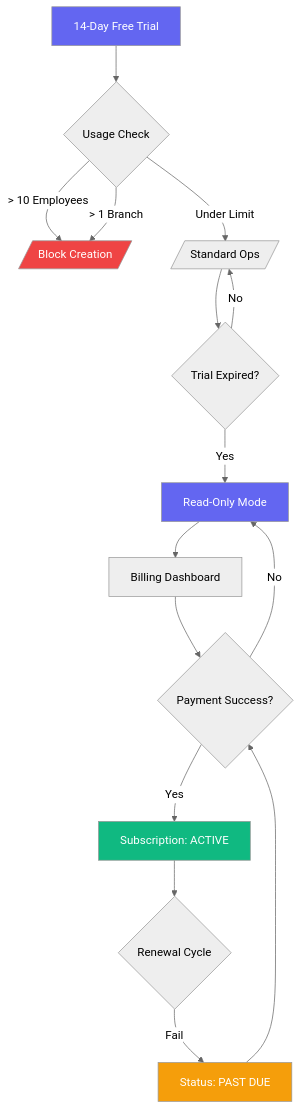
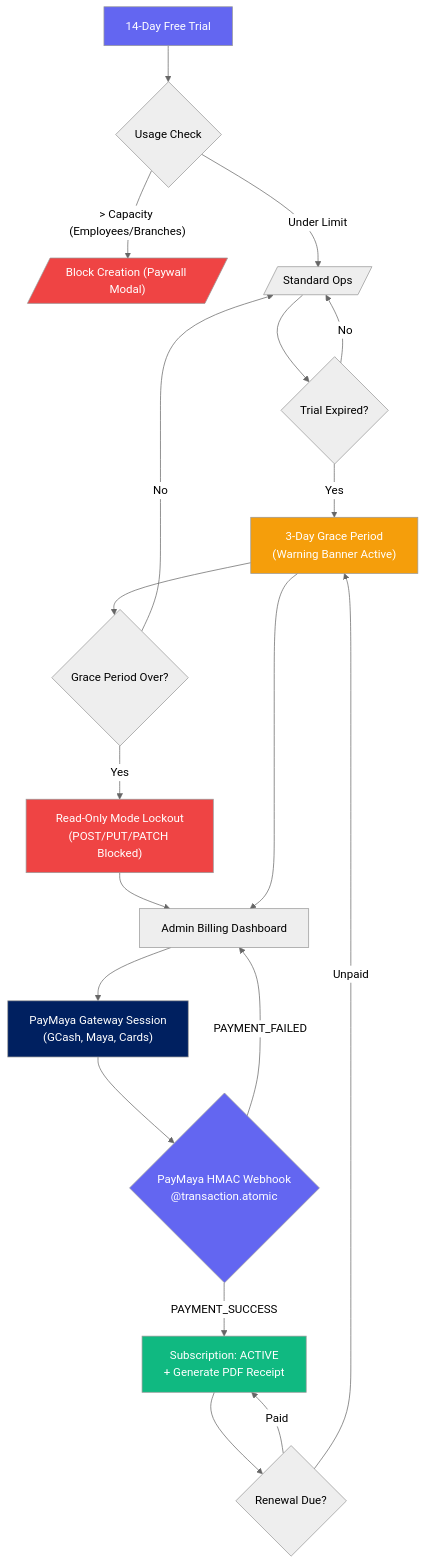
One commit to binssente-crypto/PAYROLL-DOCUMENTATION changed the tenth of 49 diagrams in README.md. Above: the diagram before and after it, drawn with Mermaid (neutral theme). The commit also changed other lines of this file, not shown here.

````diff
--- a/README.md
+++ b/README.md
@@ -243,26 +540,34 @@
 ```mermaid
 flowchart TD
     TRIAL[14-Day Free Trial] --> LIMITS{Usage Check}
-    LIMITS -- "> 10 Employees" --> BLOCK[/Block Creation/]
-    LIMITS -- "> 1 Branch" --> BLOCK
-    LIMITS -- "Under Limit" --> ALLOW[/Standard Ops/]
+    LIMITS -- "> Capacity (Employees/Branches)" --> BLOCK[/"Block Creation (Paywall Modal)"/]
+    LIMITS -- "Under Limit" --> ALLOW[/"Standard Ops"/]
     
     ALLOW --> EXP{Trial Expired?}
     EXP -- "No" --> ALLOW
-    EXP -- "Yes" --> FROZEN[Read-Only Mode]
+    EXP -- "Yes" --> GRACE["3-Day Grace Period<br/>(Warning Banner Active)"]
     
-    FROZEN --> BILL[Billing Dashboard]
-    BILL --> PAY{Payment Success?}
-    PAY -- "Yes" --> ACTIVE[Subscription: ACTIVE]
-    PAY -- "No" --> FROZEN
-
-    ACTIVE --> RENEW{Renewal Cycle}
-    RENEW -- "Fail" --> DUE[Status: PAST DUE]
-    DUE --> PAY
+    GRACE --> GRACE_EXP{Grace Period Over?}
+    GRACE_EXP -- "No" --> ALLOW
+    GRACE_EXP -- "Yes" --> FROZEN["Read-Only Mode Lockout<br/>(POST/PUT/PATCH Blocked)"]
+    
+    FROZEN --> BILL[Admin Billing Dashboard]
+    GRACE --> BILL
+    BILL --> MAYA_CHECKOUT["PayMaya Gateway Session<br/>(GCash, Maya, Cards)"]
+    MAYA_CHECKOUT --> WEBHOOK{"PayMaya HMAC Webhook<br/>@transaction.atomic"}
+    
+    WEBHOOK -- "PAYMENT_SUCCESS" --> ACTIVE["Subscription: ACTIVE<br/>+ Generate PDF Receipt"]
+    WEBHOOK -- "PAYMENT_FAILED" --> BILL
+    
+    ACTIVE --> RENEW{Renewal Due?}
+    RENEW -- "Paid" --> ACTIVE
+    RENEW -- "Unpaid" --> GRACE
     
     style TRIAL fill:#6366f1,color:#fff
     style BLOCK fill:#ef4444,color:#fff
-    style FROZEN fill:#6366f1,color:#fff
+    style FROZEN fill:#ef4444,color:#fff
+    style GRACE fill:#f59e0b,color:#fff
     style ACTIVE fill:#10b981,color:#fff
-    style DUE fill:#f59e0b,color:#fff
+    style MAYA_CHECKOUT fill:#002060,color:#fff
+    style WEBHOOK fill:#6366f1,color:#fff
 ```
````
